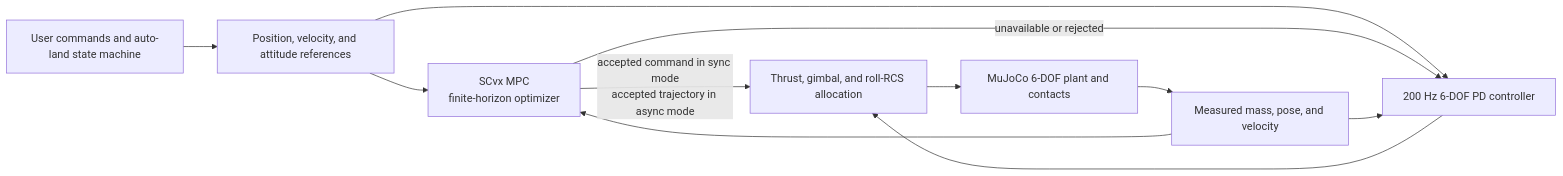
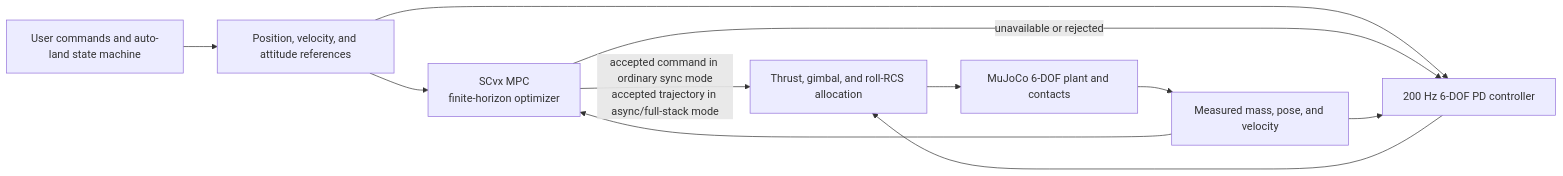
The diagram in README.md (lzyang2000/rocket_hover_land_sim), drawn with Mermaid before and after one commit. The commit also changed other lines of this file and 5 other files, not shown here.

Commit message:
Use MPC for full-stack powered return

````diff
--- a/README.md
+++ b/README.md
@@ -23,13 +23,13 @@
 ```mermaid
 flowchart LR
   G["User commands and auto-land state machine"] --> R["Position, velocity, and attitude references"]
   R --> M["SCvx MPC<br/>finite-horizon optimizer"]
   R --> P["200 Hz 6-DOF PD controller"]
-  M -->|"accepted command in sync mode<br/>accepted trajectory in async mode"| A["Thrust, gimbal, and roll-RCS allocation"]
+  M -->|"accepted command in ordinary sync mode<br/>accepted trajectory in async/full-stack mode"| A["Thrust, gimbal, and roll-RCS allocation"]
   M -->|"unavailable or rejected"| P
   P --> A
   A --> J["MuJoCo 6-DOF plant and contacts"]
   J --> S["Measured mass, pose, and velocity"]
   S --> M
   S --> P
 ```
````
